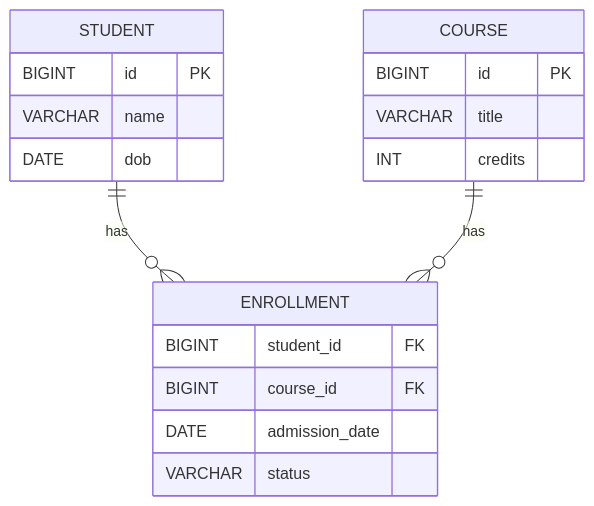
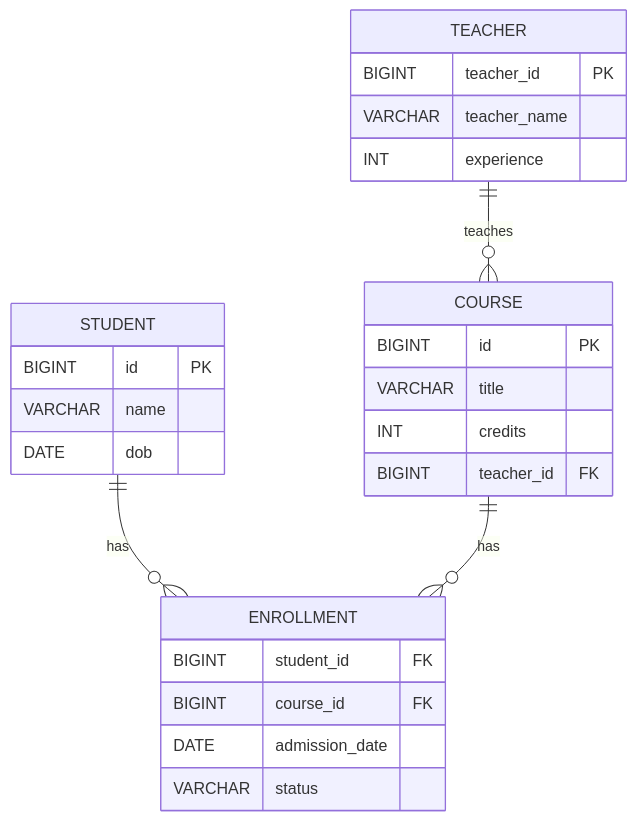
One commit to Academia-Stack/User-Registry-Service changed the diagram in ER_DIAGRAM.md. Above: the diagram before and after it, drawn with Mermaid. The commit also changed other lines of this file and 3 other files, not shown here.

Commit message:
Added API documentation and updated ER diagram

````diff
--- a/ER_DIAGRAM.md
+++ b/ER_DIAGRAM.md
@@ -33,25 +33,33 @@
 ```mermaid
 erDiagram
     STUDENT ||--o{ ENROLLMENT : has
     COURSE  ||--o{ ENROLLMENT : has
+    TEACHER ||--o{ COURSE : teaches
 
     STUDENT {
         BIGINT id PK
         VARCHAR name
         DATE dob
     }
 
     COURSE {
         BIGINT id PK
         VARCHAR title
         INT credits
+        BIGINT teacher_id FK
+    }
+
+    TEACHER {
+        BIGINT teacher_id PK
+        VARCHAR teacher_name
+        INT experience
     }
 
     ENROLLMENT {
         BIGINT student_id FK
         BIGINT course_id  FK
         DATE admission_date
         VARCHAR status
         %% Composite PK (student_id, course_id) is common
     }
 ```
````
